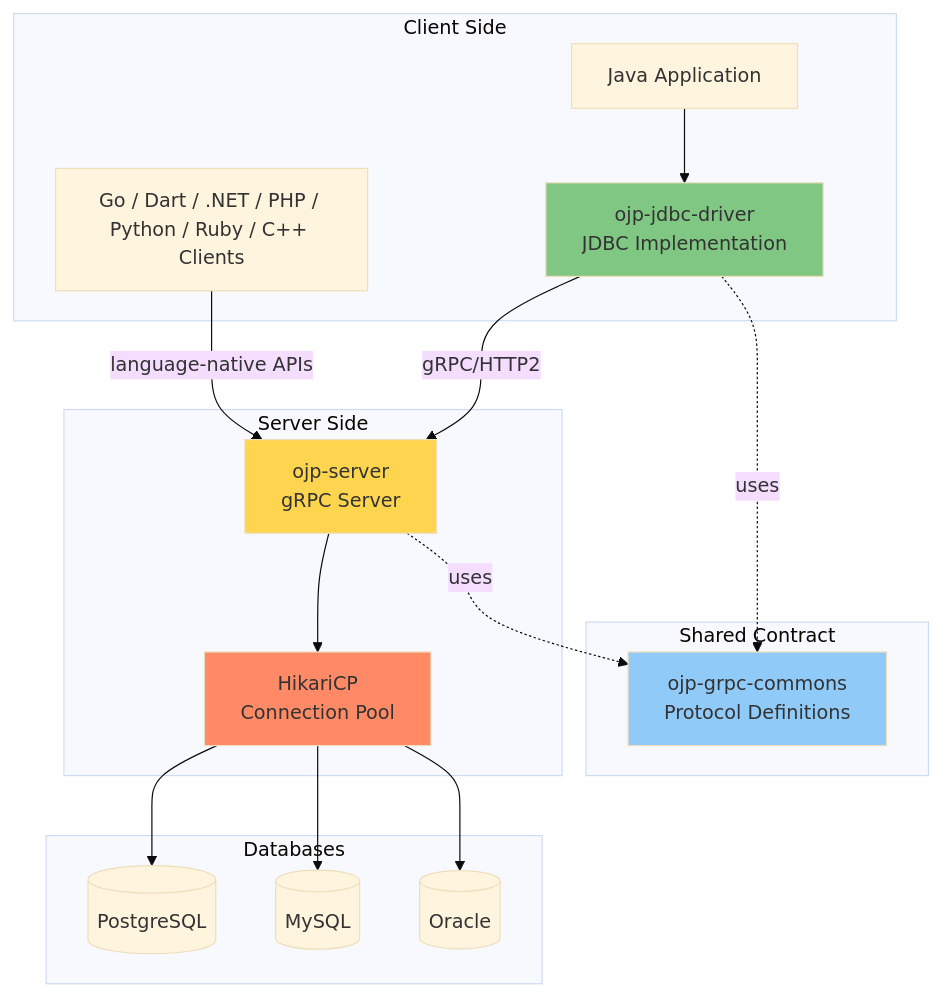
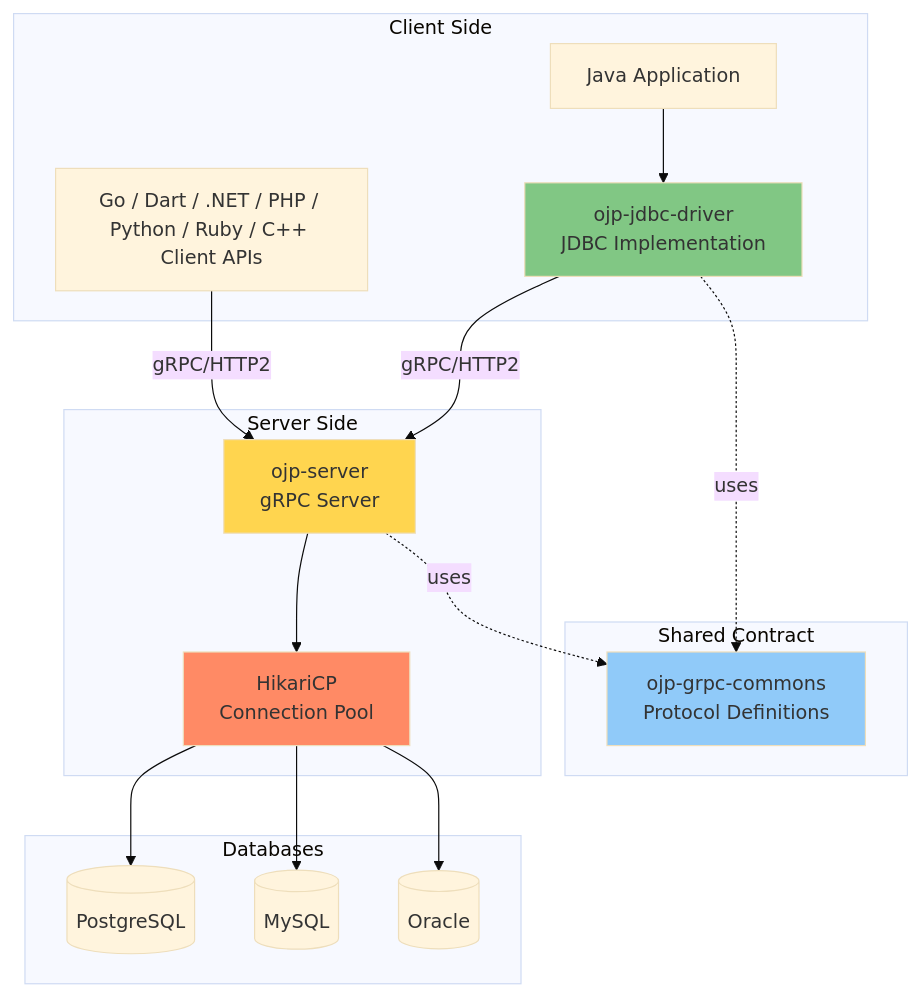
Before and after one commit to Open-J-Proxy/ojp: the first of 19 diagrams in documents/ebook/part1-chapter2-architecture.md, drawn with Mermaid (base theme).

Commit message:
Clarify client transport in architecture diagram

````diff
--- a/documents/ebook/part1-chapter2-architecture.md
+++ b/documents/ebook/part1-chapter2-architecture.md
@@ -11,38 +11,38 @@
 ```mermaid
 graph TB
     subgraph "Client Side"
     APP[Java Application]
     DRIVER[ojp-jdbc-driver<br/>JDBC Implementation]
-    OTHER[Go / Dart / .NET / PHP / Python / Ruby / C++ Clients]
+    OTHER[Go / Dart / .NET / PHP / Python / Ruby / C++ Client APIs]
     end
     
     subgraph "Shared Contract"
     GRPC[ojp-grpc-commons<br/>Protocol Definitions]
     end
     
     subgraph "Server Side"
     SERVER[ojp-server<br/>gRPC Server]
     HIKARI[HikariCP<br/>Connection Pool]
     end
     
     subgraph "Databases"
     DB1[(PostgreSQL)]
     DB2[(MySQL)]
     DB3[(Oracle)]
     end
     
     APP --> DRIVER
-    OTHER -->|language-native APIs| SERVER
+    OTHER -->|gRPC/HTTP2| SERVER
     DRIVER -.->|uses| GRPC
     DRIVER -->|gRPC/HTTP2| SERVER
     SERVER -.->|uses| GRPC
     SERVER --> HIKARI
     HIKARI --> DB1
     HIKARI --> DB2
     HIKARI --> DB3
     
     style DRIVER fill:#81c784
     style SERVER fill:#ffd54f
     style GRPC fill:#90caf9
     style HIKARI fill:#ff8a65
 ```
````
